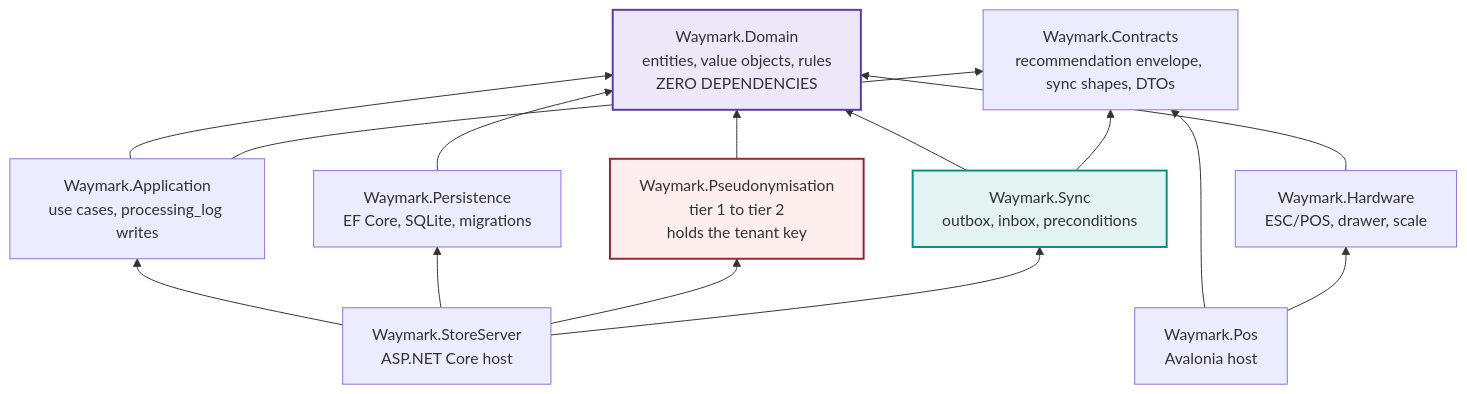
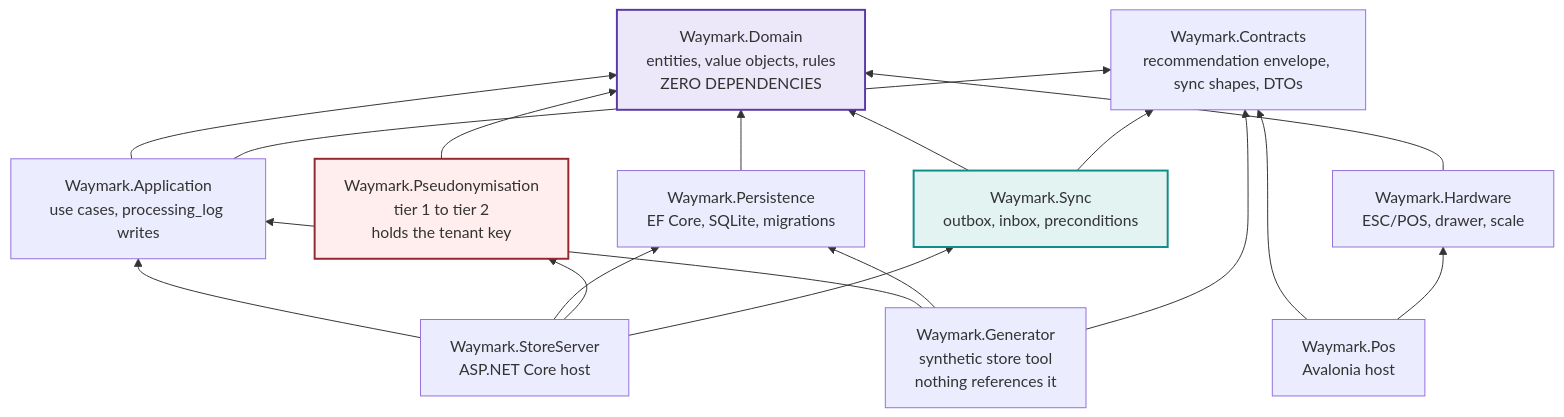
One commit to RAHAI-HAKIM/Waymark changed the diagram in docs/diagrams/05-solution-dependencies.md. Above: the diagram before and after it, drawn with Mermaid. The commit also changed other lines of this file and 86 other files, not shown here.

Commit message:
The store generator (till S9), fully automated (by the agent), I only reviwed the code structure + the final report

````diff
--- a/docs/diagrams/05-solution-dependencies.md
+++ b/docs/diagrams/05-solution-dependencies.md
@@ -8,32 +8,36 @@
 ```mermaid
 flowchart BT
     domain["Waymark.Domain<br/>entities, value objects, rules<br/>ZERO DEPENDENCIES"]
     contracts["Waymark.Contracts<br/>recommendation envelope, sync shapes, DTOs"]
     app["Waymark.Application<br/>use cases, processing_log writes"]
 
     persistence["Waymark.Persistence<br/>EF Core, SQLite, migrations"]
     hardware["Waymark.Hardware<br/>ESC/POS, drawer, scale"]
     pseudo["Waymark.Pseudonymisation<br/>tier 1 to tier 2<br/>holds the tenant key"]
     sync["Waymark.Sync<br/>outbox, inbox, preconditions"]
 
     server["Waymark.StoreServer<br/>ASP.NET Core host"]
     posapp["Waymark.Pos<br/>Avalonia host"]
+    generator["Waymark.Generator<br/>synthetic store tool<br/>nothing references it"]
 
     app --> domain
     app --> contracts
     persistence --> domain
     hardware --> domain
     pseudo --> domain
     sync --> domain
     sync --> contracts
     server --> app
     server --> persistence
     server --> pseudo
     server --> sync
     posapp --> contracts
     posapp --> hardware
+    generator --> app
+    generator --> persistence
+    generator --> contracts
 
     style domain fill:#EDE7FA,stroke:#5A3AA8,stroke-width:2px
     style pseudo fill:#FFEEED,stroke:#93292F,stroke-width:2px
     style sync fill:#E3F3F1,stroke:#0E8C86,stroke-width:2px
 ```
````
